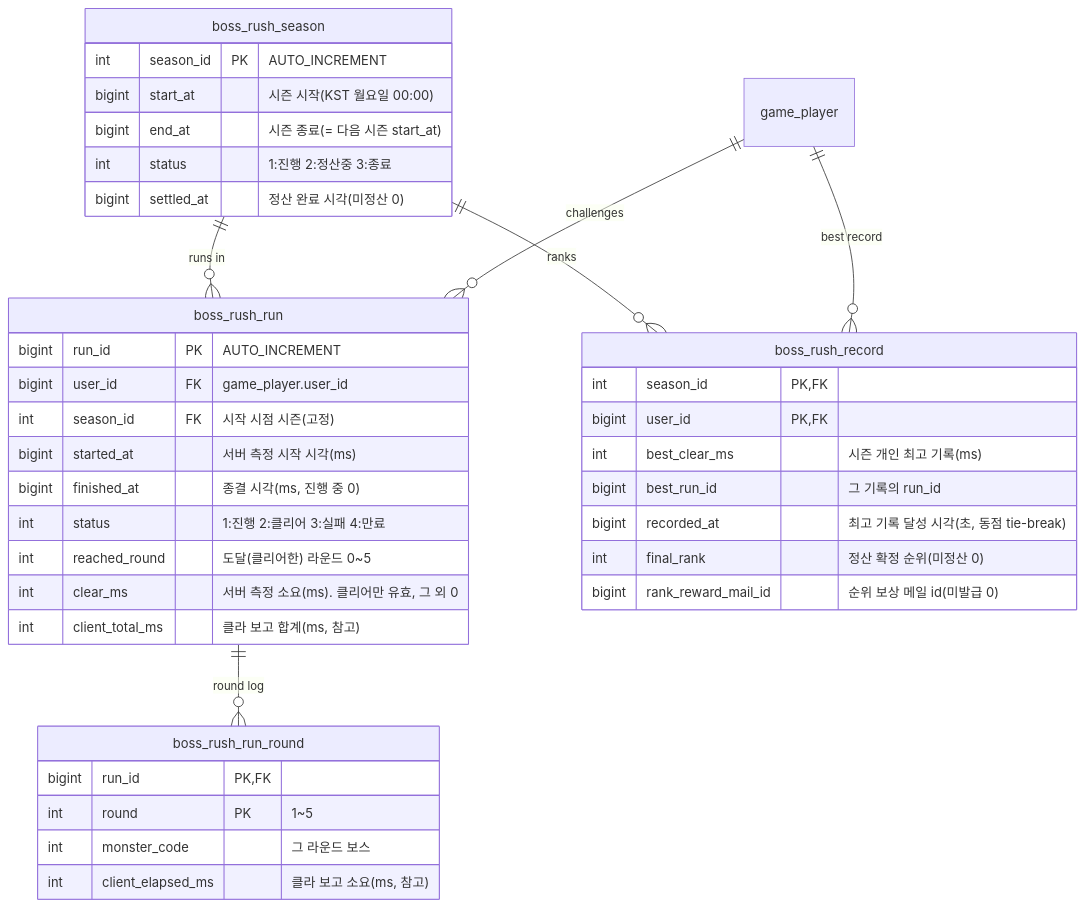
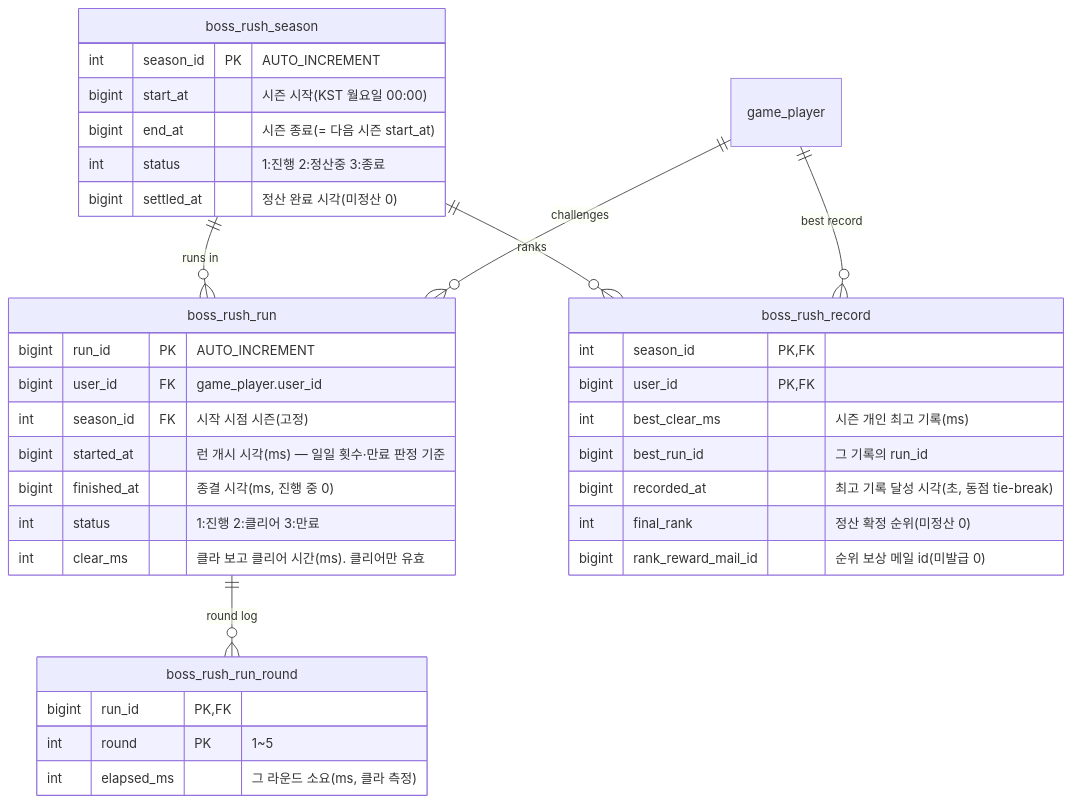
The diagram in docs/세부/boss-rush-기획서.md (ks-wook/com2us-taskbar-hero), drawn with Mermaid before and after one commit. The commit also changed other lines of this file and 7 other files, not shown here.

````diff
--- a/docs/세부/boss-rush-기획서.md
+++ b/docs/세부/boss-rush-기획서.md
@@ -145,45 +142,42 @@
 ```mermaid
 erDiagram
     boss_rush_season ||--o{ boss_rush_run    : "runs in"
     boss_rush_season ||--o{ boss_rush_record : "ranks"
     game_player      ||--o{ boss_rush_run    : challenges
     game_player      ||--o{ boss_rush_record : "best record"
     boss_rush_run    ||--o{ boss_rush_run_round : "round log"
 
     boss_rush_season {
         int     season_id PK "AUTO_INCREMENT"
         bigint  start_at "시즌 시작(KST 월요일 00:00)"
         bigint  end_at "시즌 종료(= 다음 시즌 start_at)"
         int     status "1:진행 2:정산중 3:종료"
         bigint  settled_at "정산 완료 시각(미정산 0)"
     }
 
     boss_rush_run {
         bigint  run_id PK "AUTO_INCREMENT"
         bigint  user_id FK "game_player.user_id"
         int     season_id FK "시작 시점 시즌(고정)"
-        bigint  started_at "서버 측정 시작 시각(ms)"
+        bigint  started_at "런 개시 시각(ms) — 일일 횟수·만료 판정 기준"
         bigint  finished_at "종결 시각(ms, 진행 중 0)"
-        int     status "1:진행 2:클리어 3:실패 4:만료"
-        int     reached_round "도달(클리어한) 라운드 0~5"
-        int     clear_ms "서버 측정 소요(ms). 클리어만 유효, 그 외 0"
-        int     client_total_ms "클라 보고 합계(ms, 참고)"
+        int     status "1:진행 2:클리어 3:만료"
+        int     clear_ms "클라 보고 클리어 시간(ms). 클리어만 유효"
     }
 
     boss_rush_run_round {
         bigint  run_id PK,FK
         int     round PK "1~5"
-        int     monster_code "그 라운드 보스"
-        int     client_elapsed_ms "클라 보고 소요(ms, 참고)"
+        int     elapsed_ms "그 라운드 소요(ms, 클라 측정)"
     }
 
     boss_rush_record {
         int     season_id PK,FK
         bigint  user_id PK,FK
         int     best_clear_ms "시즌 개인 최고 기록(ms)"
         bigint  best_run_id "그 기록의 run_id"
         bigint  recorded_at "최고 기록 달성 시각(초, 동점 tie-break)"
         int     final_rank "정산 확정 순위(미정산 0)"
         bigint  rank_reward_mail_id "순위 보상 메일 id(미발급 0)"
     }
 ```
````
